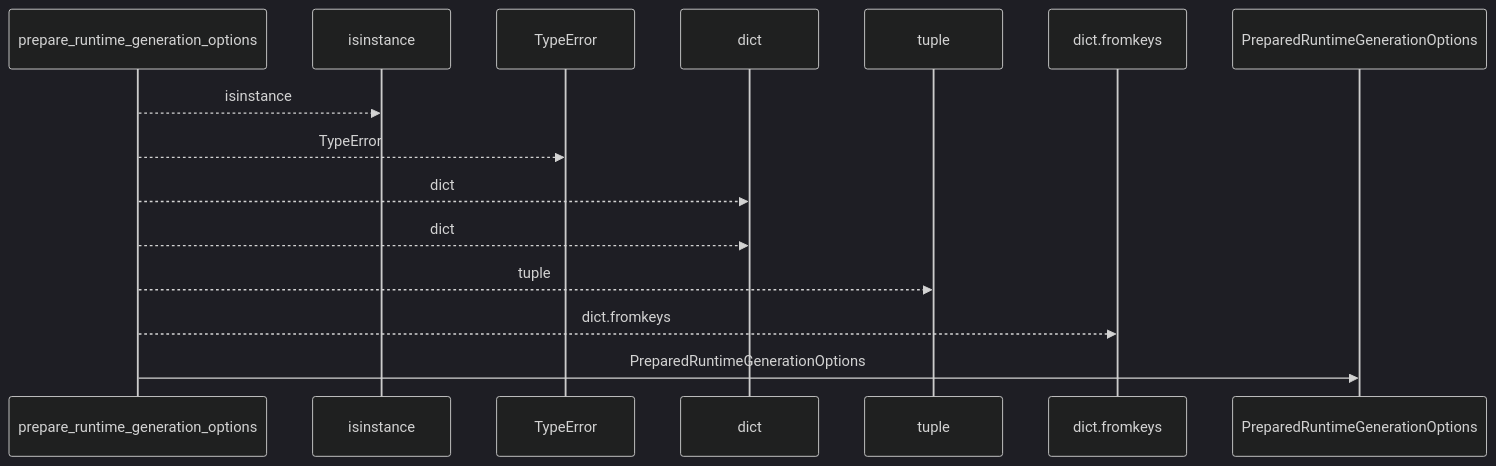
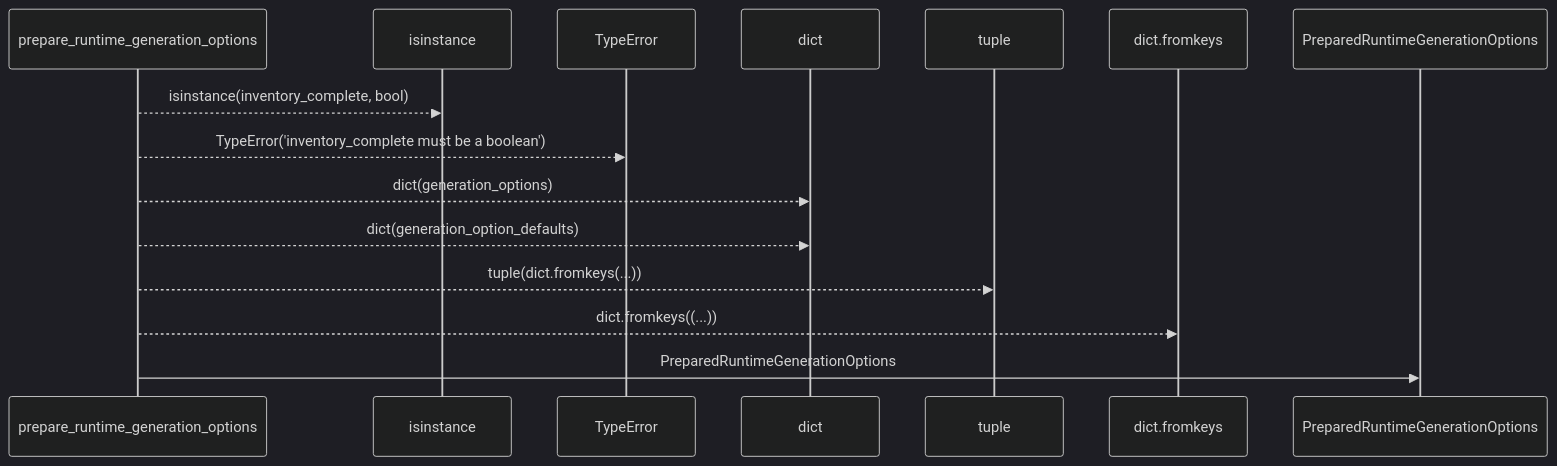
The first of 2 diagrams in docs/llm_wiki/flows/api-prepare_runtime_generation_options.md (Denissvgn/python-wiki-llm), drawn with Mermaid (dark theme) before and after one commit. The commit also changed other lines of this file and 1410 other files, not shown here.

````diff
--- a/docs/llm_wiki/flows/api-prepare_runtime_generation_options.md
+++ b/docs/llm_wiki/flows/api-prepare_runtime_generation_options.md
@@ -10,17 +12,17 @@
 ```mermaid
 sequenceDiagram
     participant p0 as prepare_runtime_generation_options
     participant p1 as isinstance
     participant p2 as TypeError
     participant p3 as dict
     participant p4 as tuple
     participant p5 as dict.fromkeys
     participant p6 as PreparedRuntimeGenerationOptions
-    p0-->>p1: isinstance
-    p0-->>p2: TypeError
-    p0-->>p3: dict
-    p0-->>p3: dict
-    p0-->>p4: tuple
-    p0-->>p5: dict.fromkeys
+    p0-->>p1: isinstance(inventory_complete, bool)
+    p0-->>p2: TypeError('inventory_complete must be a boolean')
+    p0-->>p3: dict(generation_options)
+    p0-->>p3: dict(generation_option_defaults)
+    p0-->>p4: tuple(dict.fromkeys(...))
+    p0-->>p5: dict.fromkeys((...))
     p0->>p6: PreparedRuntimeGenerationOptions
 ```
````
